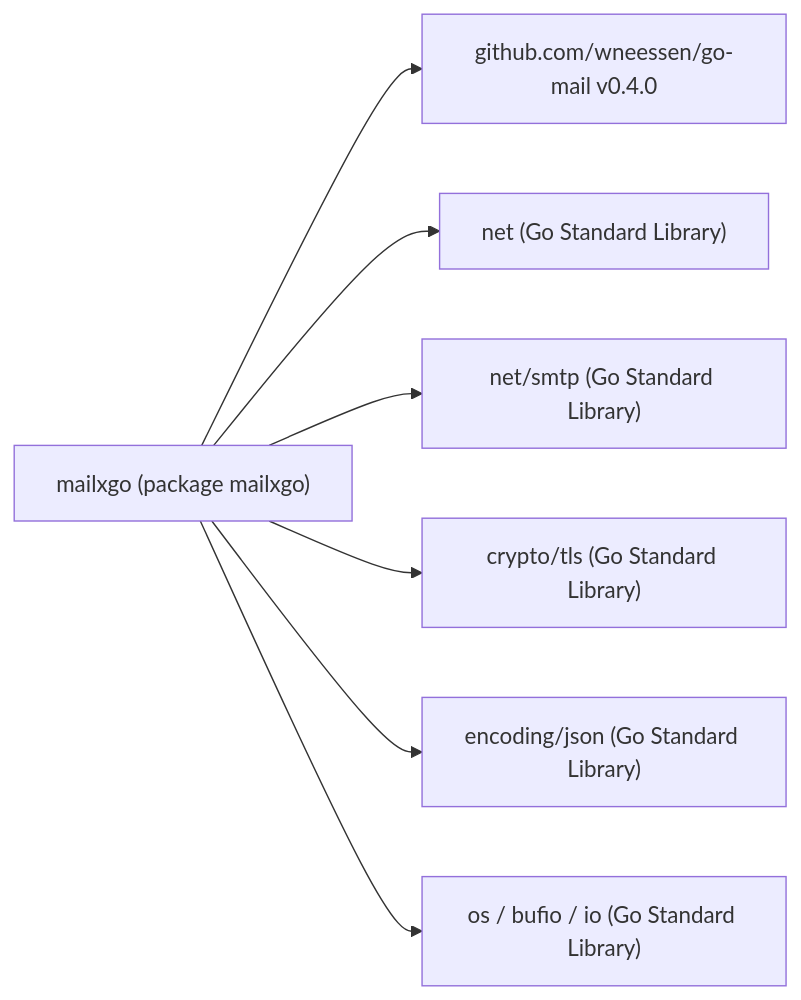
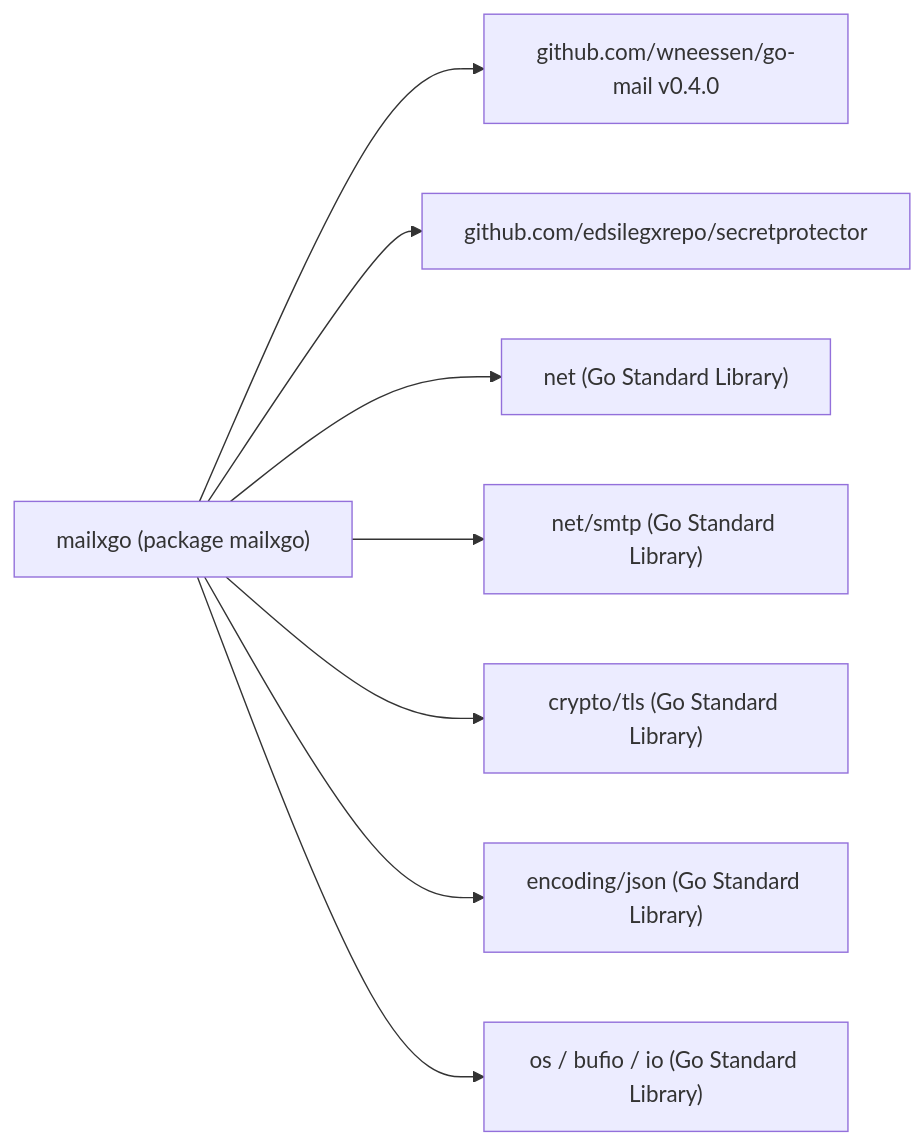
Before and after one commit to edsilegxrepo/mailxgo: the third of 4 diagrams in ARCHITECTURE.md, drawn with Mermaid. The commit also changed other lines of this file and 18 other files, not shown here.

````diff
--- a/ARCHITECTURE.md
+++ b/ARCHITECTURE.md
@@ -114,9 +117,10 @@
 ```mermaid
 graph LR
     mailxgo["mailxgo (package mailxgo)"] --> GoMail["github.com/wneessen/go-mail v0.4.0"]
+    mailxgo --> SecProt["github.com/edsilegxrepo/secretprotector"]
     mailxgo --> StandardNet["net (Go Standard Library)"]
     mailxgo --> StandardSMTP["net/smtp (Go Standard Library)"]
     mailxgo --> StandardTLS["crypto/tls (Go Standard Library)"]
     mailxgo --> StandardJSON["encoding/json (Go Standard Library)"]
     mailxgo --> StandardIO["os / bufio / io (Go Standard Library)"]
 ```
````
